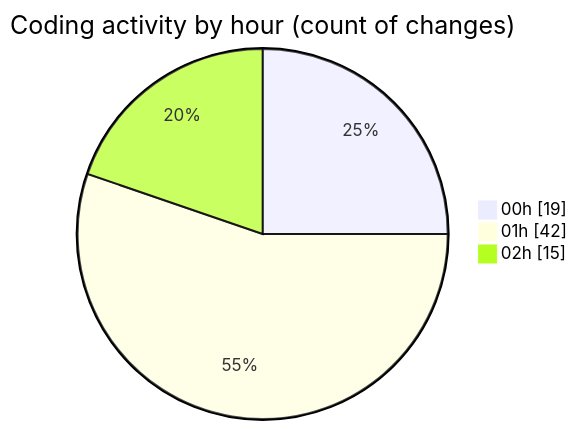
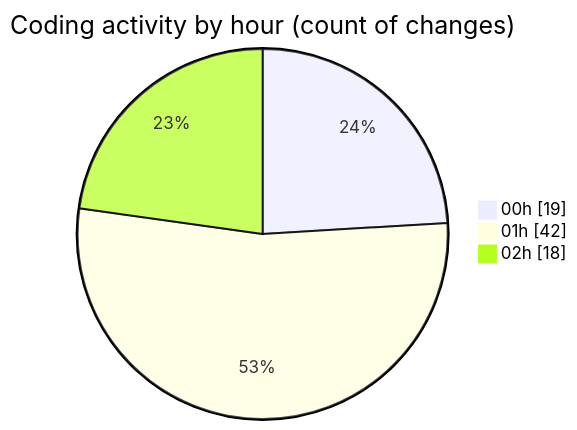
The second of 2 diagrams in 2025-02-23/pdf-analysis-app/README.md (momahboobian/code-tracking), drawn with Mermaid before and after one commit. The commit also changed other lines of this file and 1 other file, not shown here.

````diff
--- a/2025-02-23/pdf-analysis-app/README.md
+++ b/2025-02-23/pdf-analysis-app/README.md
@@ -44,7 +44,7 @@
 ```mermaid
 pie showData
 title Coding activity by hour (count of changes)
 "00h" : 19
 "01h" : 42
-"02h" : 15
+"02h" : 18
 ```
````
